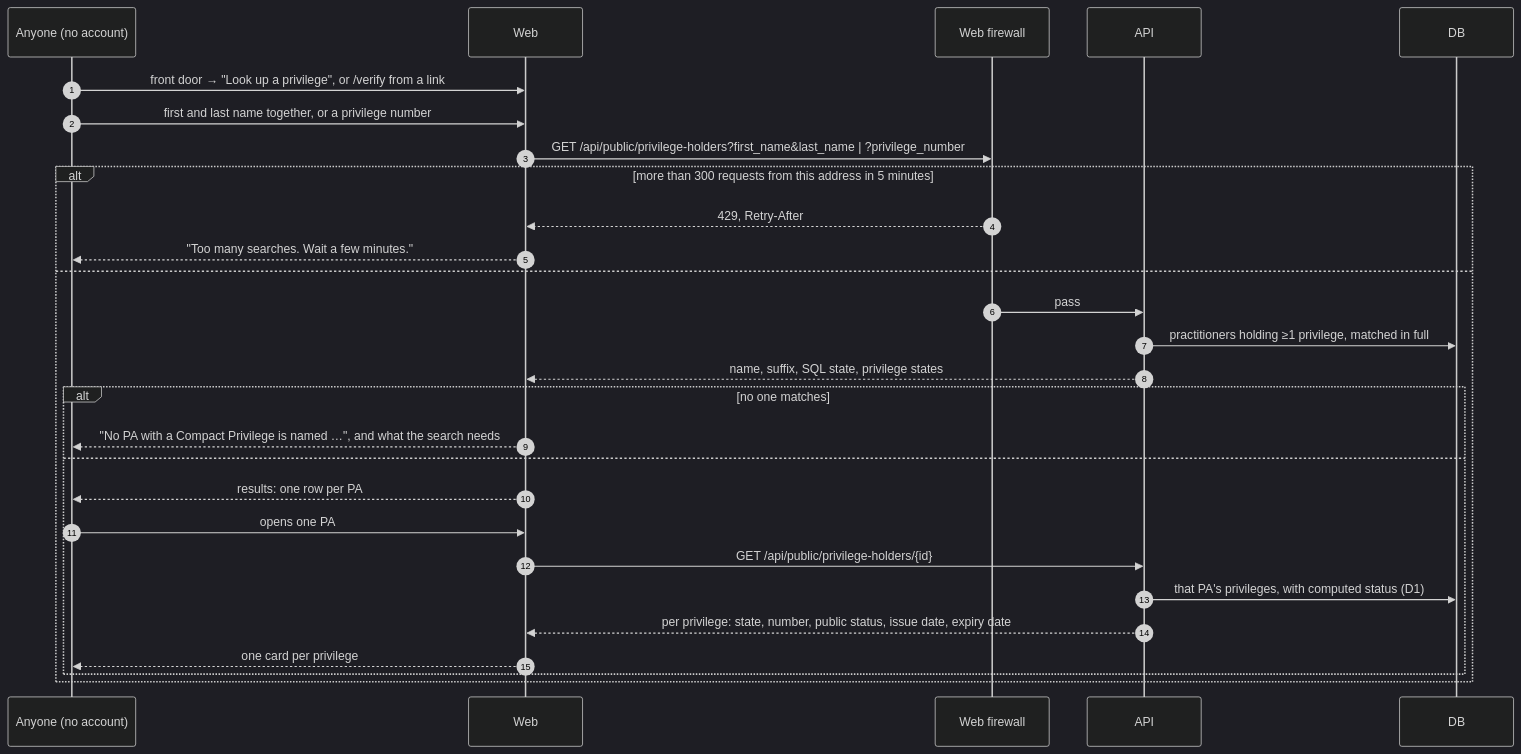
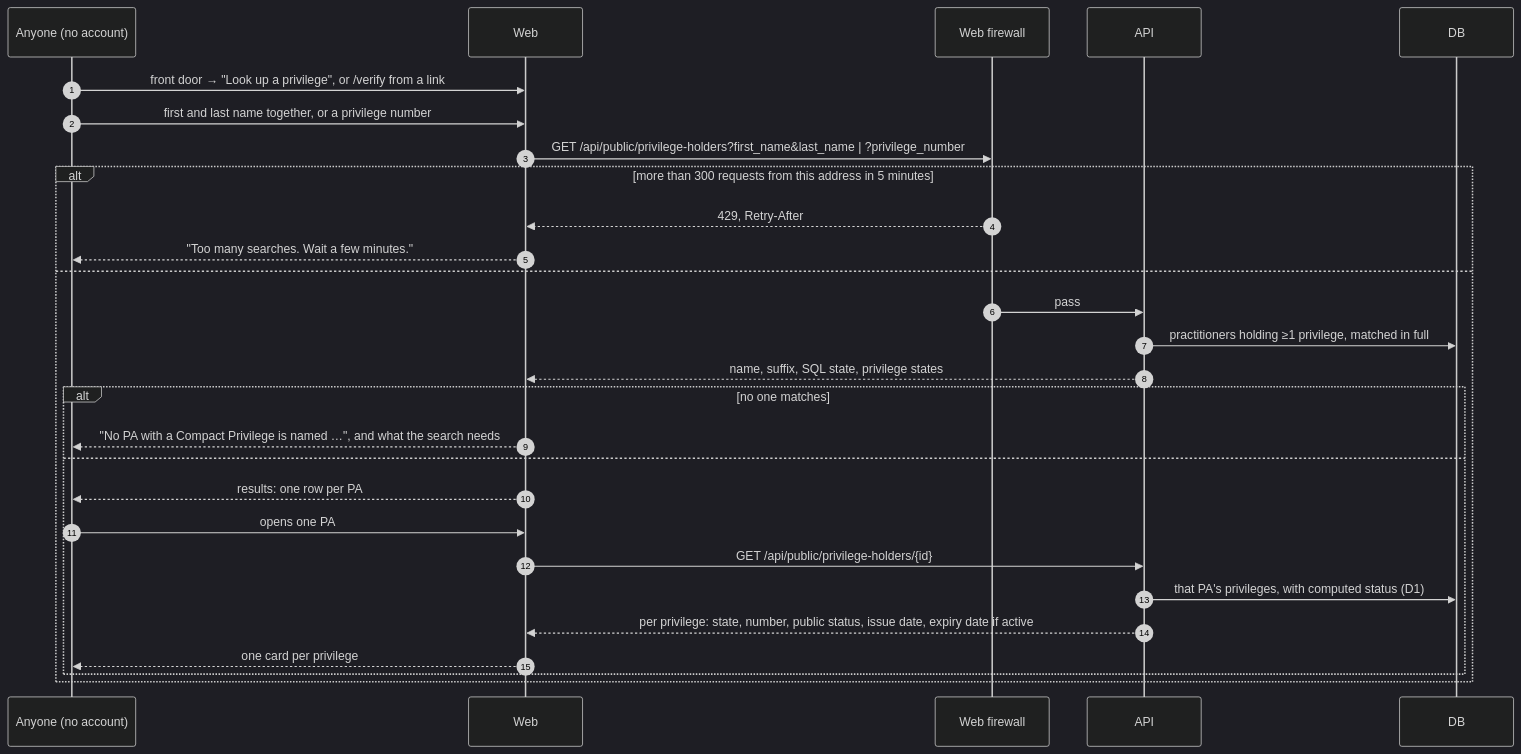
One commit to focusconsulting/pa-compact-licensing-platform changed the diagram in product/context/flows/08-public-verification.md. Above: the diagram before and after it, drawn with Mermaid (dark theme). The commit also changed other lines of this file and 6 other files, not shown here.

First line of the commit message:
feat(api): return a privilege's expiry date only while it is active (SCRUM-139)

````diff
--- a/product/context/flows/08-public-verification.md
+++ b/product/context/flows/08-public-verification.md
@@ -26,31 +26,31 @@
 ```mermaid
 sequenceDiagram
     autonumber
     participant Public as Anyone (no account)
     participant Web
     participant WAF as Web firewall
     participant API
     participant DB
 
     Public->>Web: front door → "Look up a privilege", or /verify from a link
     Public->>Web: first and last name together, or a privilege number
     Web->>WAF: GET /api/public/privilege-holders?first_name&last_name | ?privilege_number
     alt more than 300 requests from this address in 5 minutes
         WAF-->>Web: 429, Retry-After
         Web-->>Public: "Too many searches. Wait a few minutes."
     else
         WAF->>API: pass
         API->>DB: practitioners holding ≥1 privilege, matched in full
         API-->>Web: name, suffix, SQL state, privilege states
         alt no one matches
             Web-->>Public: "No PA with a Compact Privilege is named …", and what the search needs
         else
             Web-->>Public: results: one row per PA
             Public->>Web: opens one PA
             Web->>API: GET /api/public/privilege-holders/{id}
             API->>DB: that PA's privileges, with computed status (D1)
-            API-->>Web: per privilege: state, number, public status, issue date, expiry date
+            API-->>Web: per privilege: state, number, public status, issue date, expiry date if active
             Web-->>Public: one card per privilege
         end
     end
 ```
````
